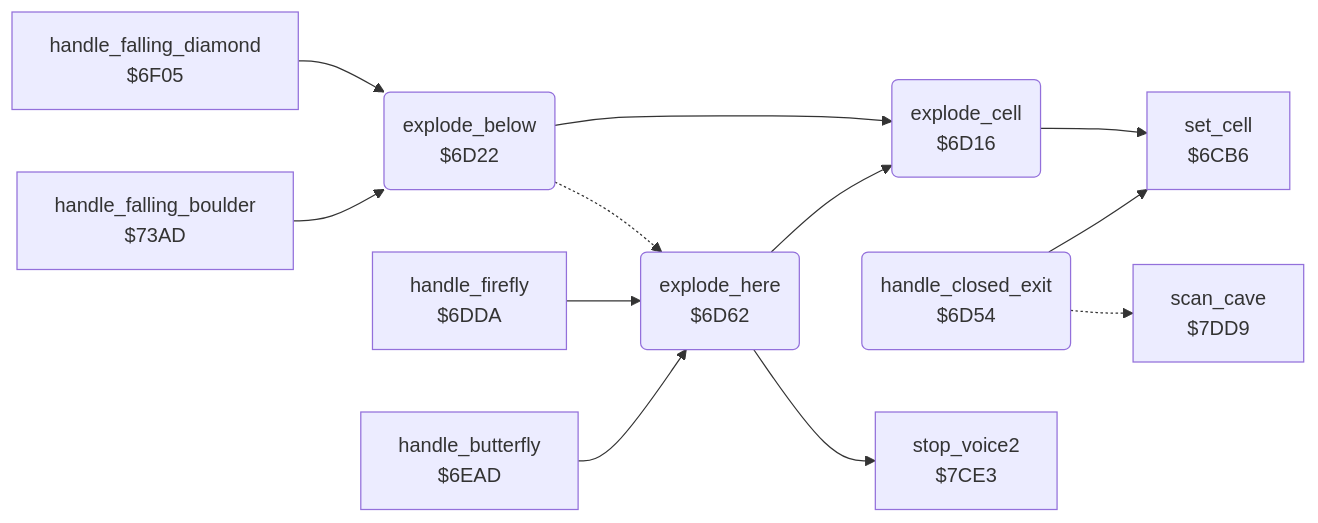
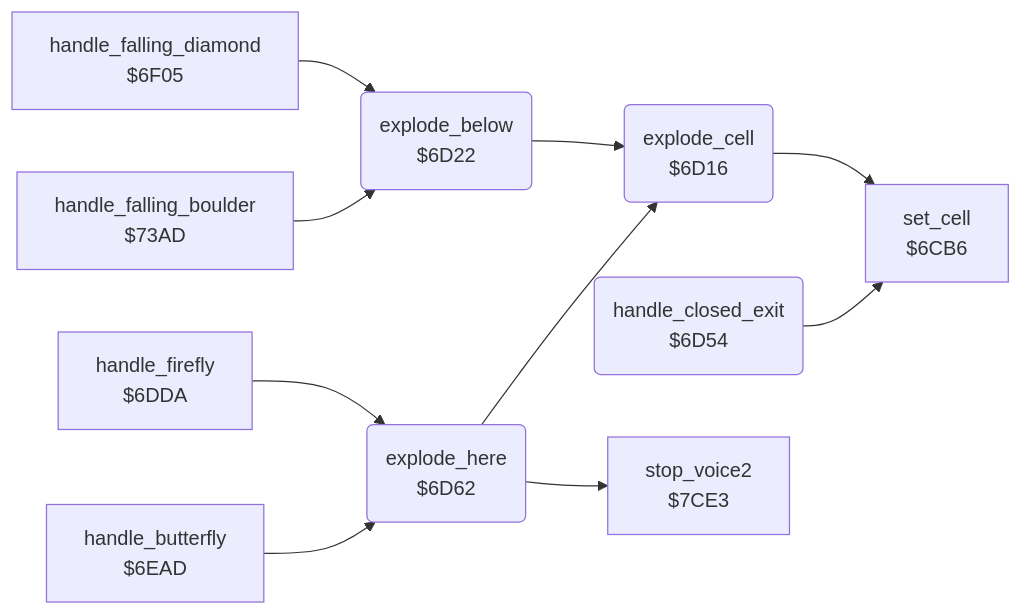
One commit to henols/c64_games changed the diagram in boulder_dash/v1/docs/reference/modules/engine/explosion.md. Above: the diagram before and after it, drawn with Mermaid. The commit also changed other lines of this file and 1100 other files, not shown here.

````diff
--- a/boulder_dash/v1/docs/reference/modules/engine/explosion.md
+++ b/boulder_dash/v1/docs/reference/modules/engine/explosion.md
@@ -10,25 +25,22 @@
 ```mermaid
 flowchart LR
   n6cb6["set_cell<br/>$6CB6"]
   n6d16("explode_cell<br/>$6D16")
   n6d22("explode_below<br/>$6D22")
   n6d54("handle_closed_exit<br/>$6D54")
   n6d62("explode_here<br/>$6D62")
   n6dda["handle_firefly<br/>$6DDA"]
   n6ead["handle_butterfly<br/>$6EAD"]
   n6f05["handle_falling_diamond<br/>$6F05"]
   n73ad["handle_falling_boulder<br/>$73AD"]
   n7ce3["stop_voice2<br/>$7CE3"]
-  n7dd9["scan_cave<br/>$7DD9"]
   n6d16 --> n6cb6
   n6d22 --> n6d16
-  n6d22 -.-> n6d62
   n6d54 --> n6cb6
-  n6d54 -.-> n7dd9
   n6d62 --> n6d16
   n6d62 --> n7ce3
   n6dda --> n6d62
   n6ead --> n6d62
   n6f05 --> n6d22
   n73ad --> n6d22
 ```
````
